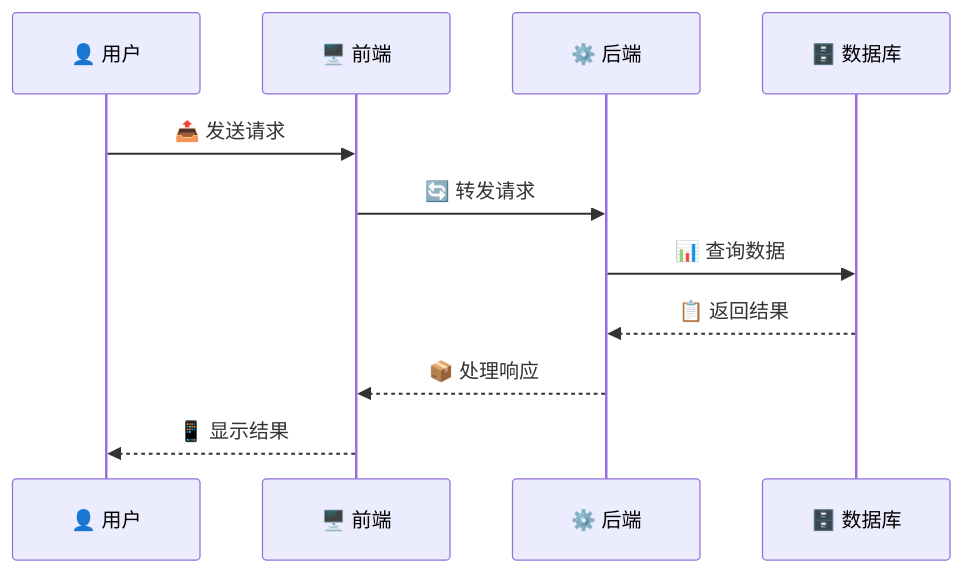
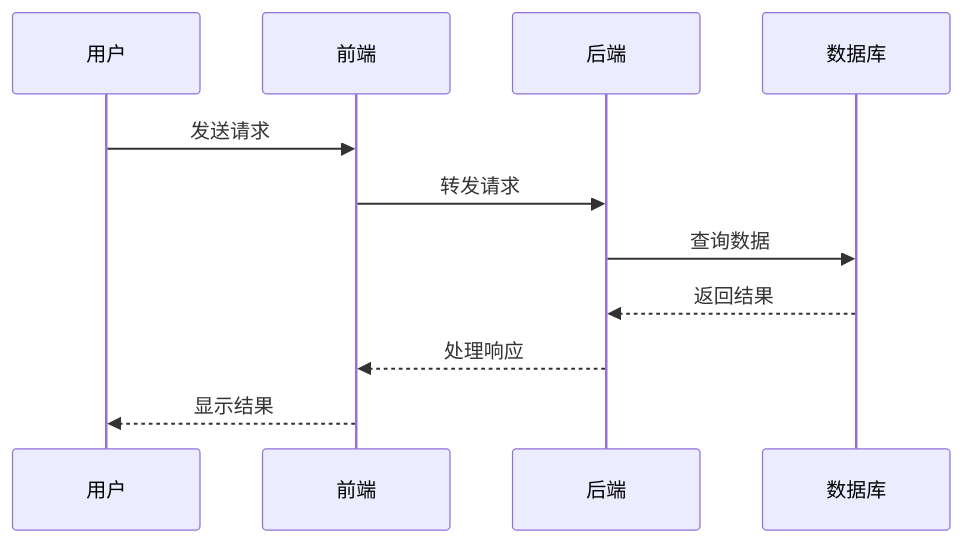
One commit to zengxiaolou/Interactive-Feedback-MCP changed the eighth of 11 diagrams in cursor_rules_v8.1.md. Above: the diagram before and after it, drawn with Mermaid. The commit also changed other lines of this file, not shown here.

````diff
--- a/cursor_rules_v8.1.md
+++ b/cursor_rules_v8.1.md
@@ -403,14 +541,14 @@
 ```mermaid
 sequenceDiagram
-    participant U as 👤 用户
-    participant F as 🖥️ 前端
-    participant B as ⚙️ 后端
-    participant D as 🗄️ 数据库
+    participant U as  用户
+    participant F as  前端
+    participant B as  后端
+    participant D as  数据库
     
-    U->>F: 📤 发送请求
-    F->>B: 🔄 转发请求
-    B->>D: 📊 查询数据
-    D-->>B: 📋 返回结果
-    B-->>F: 📦 处理响应
-    F-->>U: 📱 显示结果
+    U->>F:  发送请求
+    F->>B:  转发请求
+    B->>D:  查询数据
+    D-->>B:  返回结果
+    B-->>F:  处理响应
+    F-->>U:  显示结果
 ```
````
